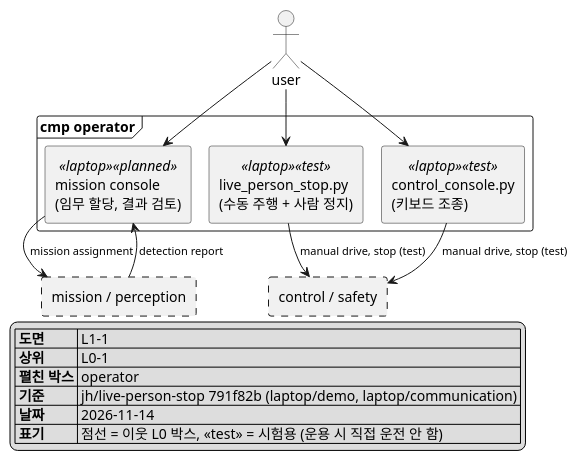
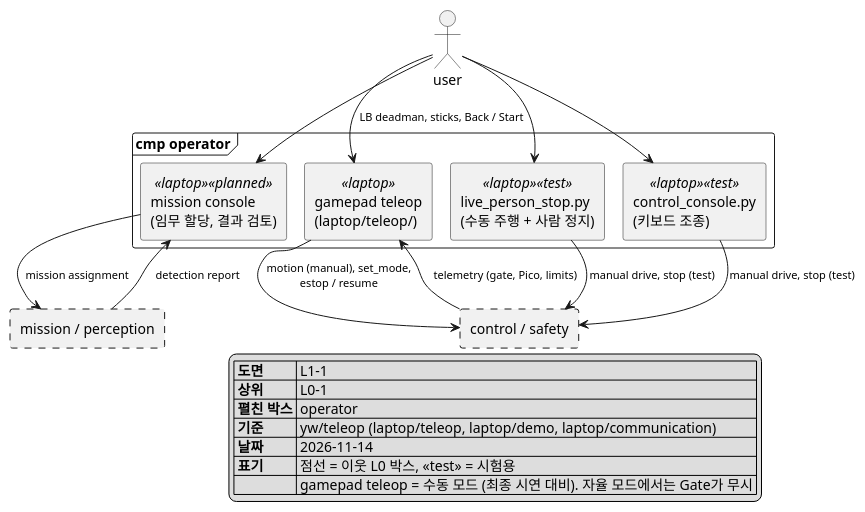
One commit to Ruysong/autonomous-rescue-rover changed the diagram in docs/architecture/L1-1_operator.puml. Above: the diagram before and after it, drawn with PlantUML. The commit also changed 30 other files, not shown here.

First line of the commit message:
feat: gamepad manual drive (operator -> CommandGate -> Kinematics -> PicoBridge)

```diff
--- a/docs/architecture/L1-1_operator.puml
+++ b/docs/architecture/L1-1_operator.puml
@@ -1,37 +1,42 @@
 @startuml L1-1_operator
 !pragma layout smetana
 skinparam monochrome true
 skinparam shadowing false
 skinparam defaultFontName "Malgun Gothic"
 skinparam componentStyle rectangle
 skinparam ArrowFontSize 11
 top to bottom direction
 
 actor "user" as USER
 
 frame "cmp operator" {
   component "mission console\n(임무 할당, 결과 검토)" <<laptop>> <<planned>> as CONSOLE
+  component "gamepad teleop\n(laptop/teleop/)" <<laptop>> as PAD
   component "live_person_stop.py\n(수동 주행 + 사람 정지)" <<laptop>> <<test>> as LIVE
   component "control_console.py\n(키보드 조종)" <<laptop>> <<test>> as KEYS
 }
 
 rectangle "mission / perception" as MISSION #line.dashed
 rectangle "control / safety" as CONTROL #line.dashed
 
 USER --> CONSOLE
 CONSOLE --> MISSION : mission assignment
 MISSION -up-> CONSOLE : detection report
+USER --> PAD : LB deadman, sticks, Back / Start
+PAD --> CONTROL : motion (manual), set_mode,\nestop / resume
+CONTROL -up-> PAD : telemetry (gate, Pico, limits)
 USER --> LIVE
 USER --> KEYS
 LIVE --> CONTROL : manual drive, stop (test)
 KEYS --> CONTROL : manual drive, stop (test)
 
 legend bottom right
   |= 도면 | L1-1 |
   |= 상위 | L0-1 |
   |= 펼친 박스 | operator |
-  |= 기준 | jh/live-person-stop 791f82b (laptop/demo, laptop/communication) |
+  |= 기준 | yw/teleop (laptop/teleop, laptop/demo, laptop/communication) |
   |= 날짜 | 2026-11-14 |
-  |= 표기 | 점선 = 이웃 L0 박스, <<test>> = 시험용 (운용 시 직접 운전 안 함) |
+  |= 표기 | 점선 = 이웃 L0 박스, <<test>> = 시험용 |
+  |= | gamepad teleop = 수동 모드 (최종 시연 대비). 자율 모드에서는 Gate가 무시 |
 endlegend
 @enduml
```
